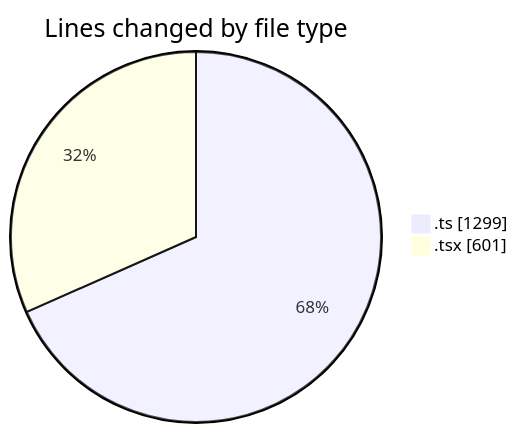
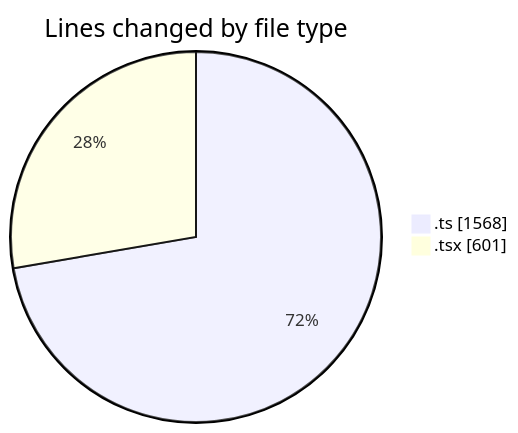
The first of 2 diagrams in 2025-06-27/archive/README.md (JenPaints/code-tracking), drawn with Mermaid before and after one commit. The commit also changed other lines of this file and 1 other file, not shown here.

````diff
--- a/2025-06-27/archive/README.md
+++ b/2025-06-27/archive/README.md
@@ -28,6 +28,6 @@
 ```mermaid
 pie showData
 title Lines changed by file type
-".ts" : 1299
+".ts" : 1568
 ".tsx" : 601
 ```
````
